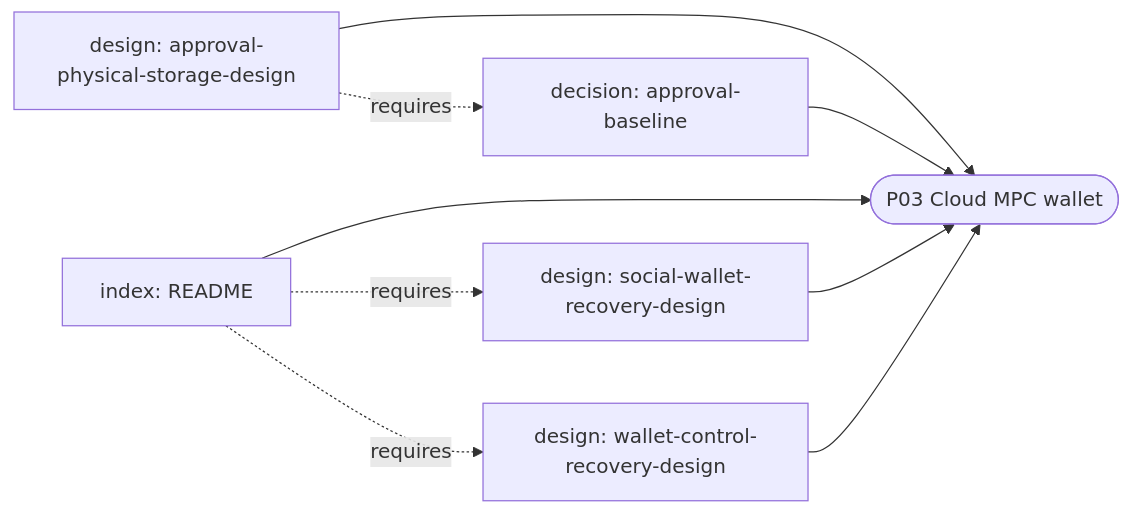
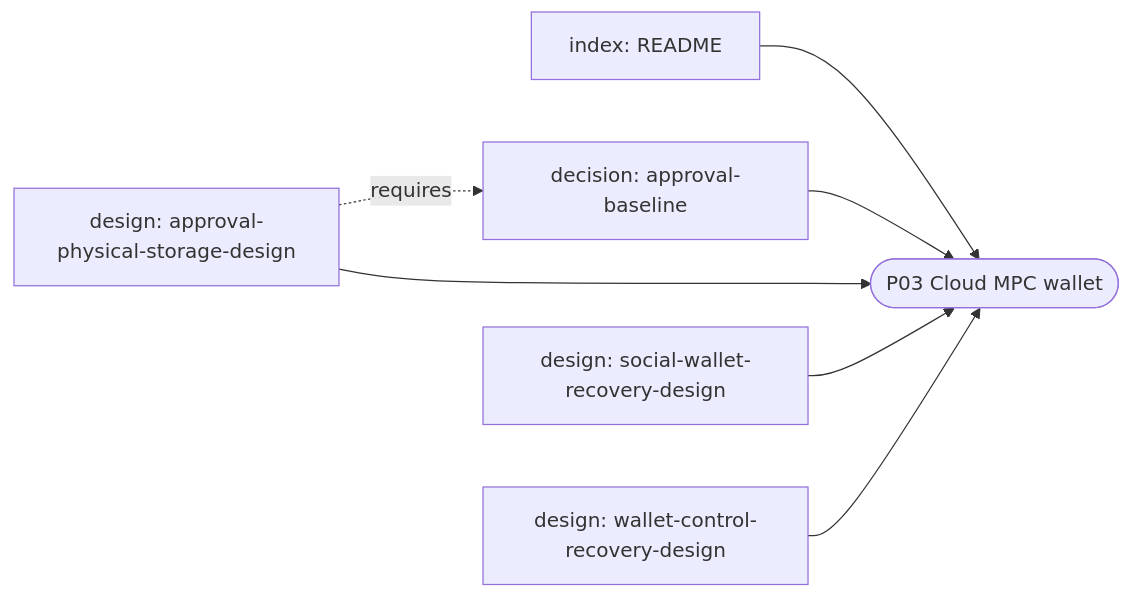
The third of 10 diagrams in docs/content/analysis/xbar/FINDINGS.md (0xmhha/nu-54v-dk-toy), drawn with Mermaid before and after one commit. The commit also changed other lines of this file and 31 other files, not shown here.

````diff
--- a/docs/content/analysis/xbar/FINDINGS.md
+++ b/docs/content/analysis/xbar/FINDINGS.md
@@ -856,12 +1009,10 @@
 ```mermaid
 graph LR
   P03(["P03 Cloud MPC wallet"])
   d0["index: README"] --> P03
   d1["decision: approval-baseline"] --> P03
   d2["design: approval-physical-storage-design"] --> P03
   d3["design: social-wallet-recovery-design"] --> P03
   d4["design: wallet-control-recovery-design"] --> P03
-  d0 -. requires .-> d3
-  d0 -. requires .-> d4
   d2 -. requires .-> d1
 ```
````
